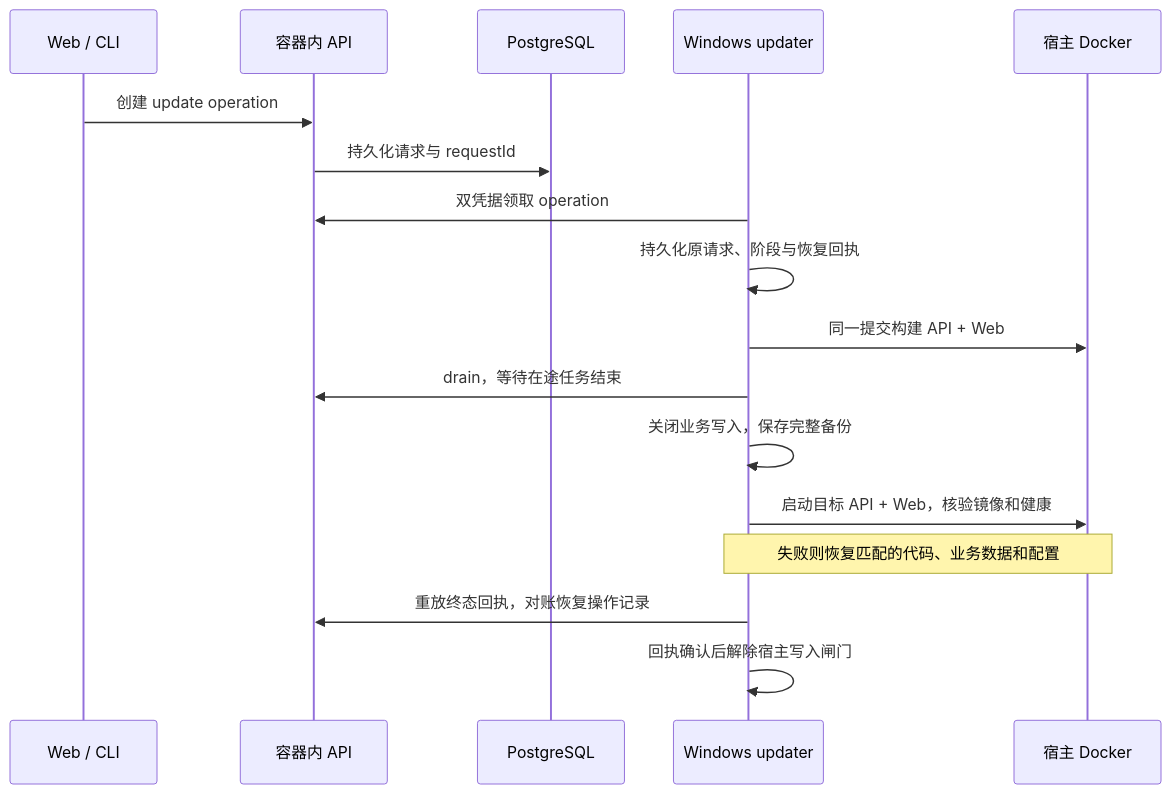
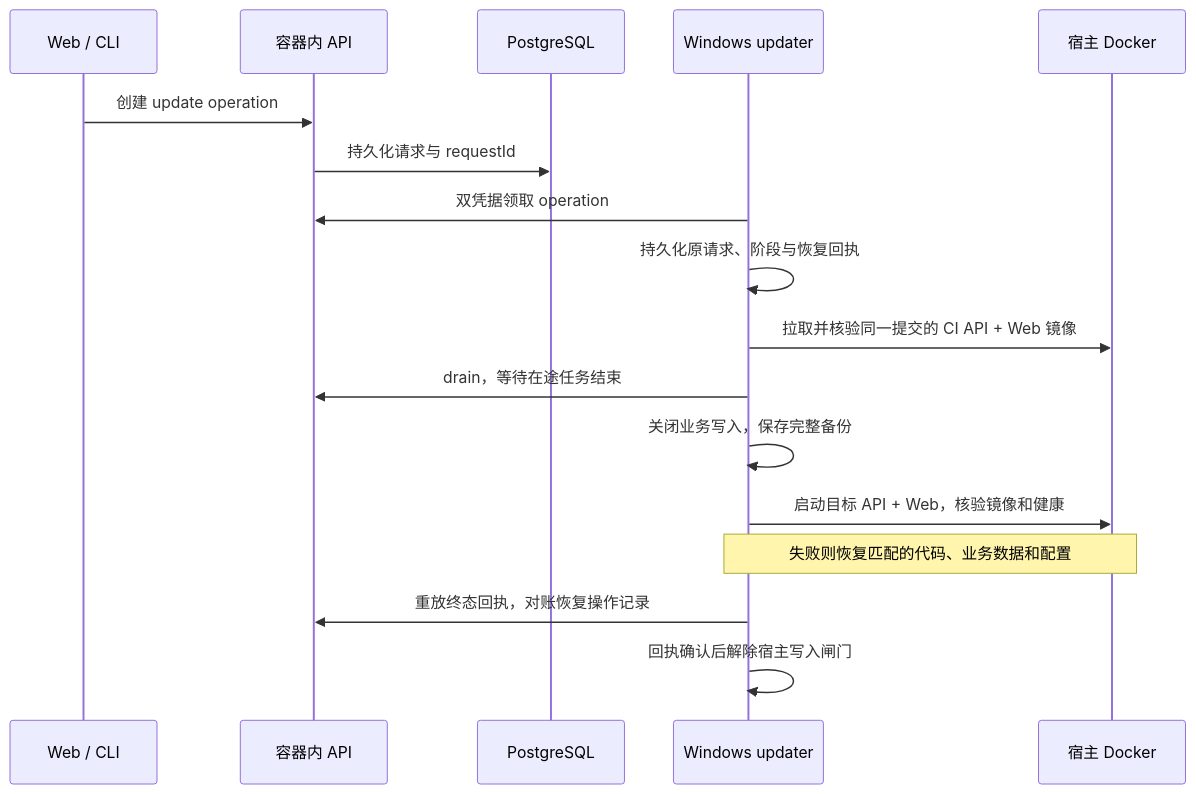
The diagram in docs/deploy/local-profiles.md (moesin-lab/Remi), drawn with Mermaid before and after one commit. The commit also changed other lines of this file and 8 other files, not shown here.

````diff
--- a/docs/deploy/local-profiles.md
+++ b/docs/deploy/local-profiles.md
@@ -105,19 +119,19 @@
 ```mermaid
 sequenceDiagram
   participant UI as Web / CLI
   participant API as 容器内 API
   participant DB as PostgreSQL
   participant Host as Windows updater
   participant Docker as 宿主 Docker
   UI->>API: 创建 update operation
   API->>DB: 持久化请求与 requestId
   Host->>API: 双凭据领取 operation
   Host->>Host: 持久化原请求、阶段与恢复回执
-  Host->>Docker: 同一提交构建 API + Web
+  Host->>Docker: 拉取并核验同一提交的 CI API + Web 镜像
   Host->>API: drain，等待在途任务结束
   Host->>Host: 关闭业务写入，保存完整备份
   Host->>Docker: 启动目标 API + Web，核验镜像和健康
   Note over Host,Docker: 失败则恢复匹配的代码、业务数据和配置
   Host->>API: 重放终态回执，对账恢复操作记录
   Host->>Host: 回执确认后解除宿主写入闸门
 ```
````
